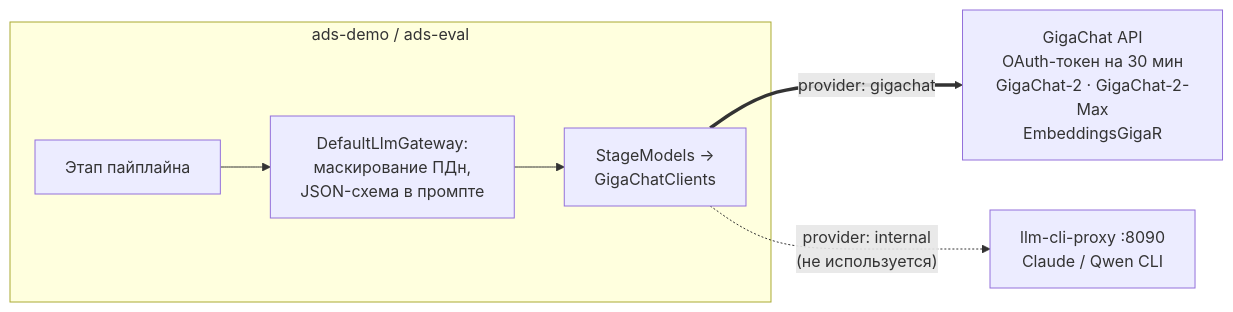
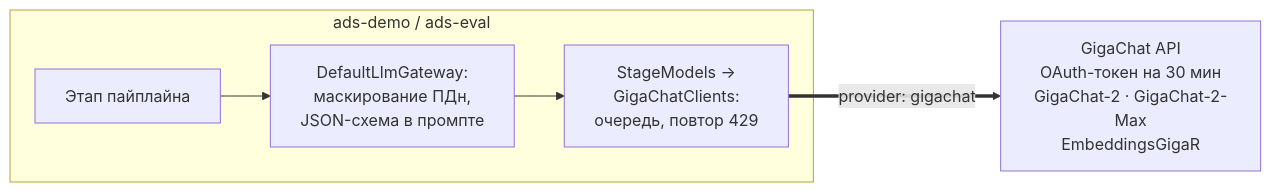
The third of 3 diagrams in docs/design.md (leavesbasil/artb), drawn with Mermaid before and after one commit. The commit also changed other lines of this file and 109 other files, not shown here.

First line of the commit message:
Удалить llm-cli-proxy

````diff
--- a/docs/design.md
+++ b/docs/design.md
@@ -316,8 +316,7 @@
 ```mermaid
 flowchart LR
   subgraph app["ads-demo / ads-eval"]
-    ST[Этап пайплайна] --> GW[DefaultLlmGateway:<br/>маскирование ПДн,<br/>JSON-схема в промпте] --> SM[StageModels →<br/>GigaChatClients]
+    ST[Этап пайплайна] --> GW[DefaultLlmGateway:<br/>маскирование ПДн,<br/>JSON-схема в промпте] --> SM[StageModels →<br/>GigaChatClients:<br/>очередь, повтор 429]
   end
   SM == "provider: gigachat" ==> GC[GigaChat API<br/>OAuth-токен на 30 мин<br/>GigaChat-2 · GigaChat-2-Max<br/>EmbeddingsGigaR]
-  SM -. "provider: internal<br/>(не используется)" .-> PX[llm-cli-proxy :8090<br/>Claude / Qwen CLI]
 ```
````
